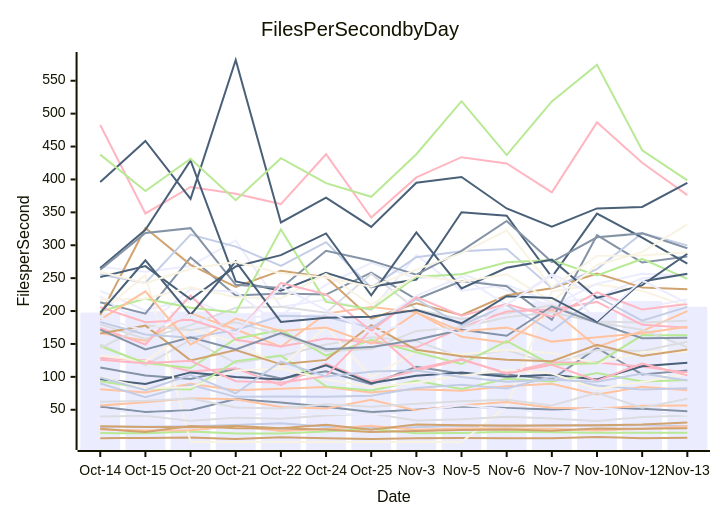
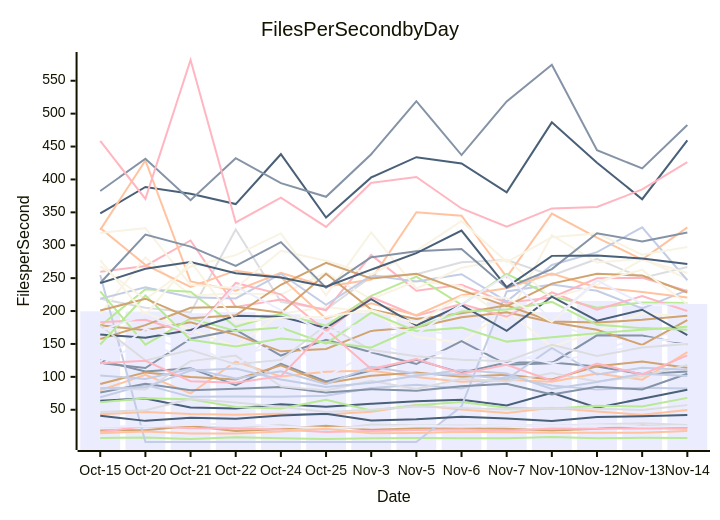
Before and after one commit to streetsidesoftware/cspell: the diagram in perf-report.md, drawn with Mermaid. The commit also changed other lines of this file and 2 other files, not shown here.

````diff
--- a/perf-report.md
+++ b/perf-report.md
@@ -11,57 +11,57 @@
 ```mermaid
 xychart-beta
     title Files Per Second by Day
     y-axis Files per Second
-    x-axis Date [Oct-14, Oct-15, Oct-20, Oct-21, Oct-22, Oct-24, Oct-25, Nov-3, Nov-5, Nov-6, Nov-7, Nov-10, Nov-12, Nov-13]
-    bar [197.65, 199.65, 199.37, 196.79, 198.31, 195.08, 188.50, 197.53, 191.30, 204.37, 213.67, 198.26, 215.23, 206.57]
-    line [114.09, 102.09, 96.85, 112.31, 97.68, 108.35, 88.82, 115.43, 104.61, 103.62, 96.31, 144.08, 103.66, 109.84]
-    line [81.28, 76.22, 89.41, 79.60, 82.04, 84.51, 76.34, 81.22, 78.86, 85.82, 89.51, 73.32, 84.82, 79.57]
-    line [149.59, 117.74, 156.35, 121.08, 131.79, 149.18, 160.21, 154.52, 129.77, 140.65, 119.71, 140.68, 139.42, 153.27]
-    line [14.53, 14.11, 17.05, 13.85, 14.03, 17.10, 21.05, 14.31, 14.75, 16.57, 15.81, 15.06, 15.24, 15.19]
-    line [6.65, 7.26, 7.96, 5.55, 8.36, 6.66, 5.63, 6.55, 6.95, 6.80, 6.70, 8.74, 6.68, 7.41]
-    line [23.92, 24.25, 24.95, 26.96, 29.32, 24.14, 22.37, 23.30, 25.53, 24.38, 26.29, 26.08, 26.42, 25.26]
-    line [128.51, 125.12, 108.27, 113.06, 87.44, 119.66, 93.04, 109.58, 126.12, 106.10, 121.67, 121.71, 115.58, 106.11]
-    line [96.45, 89.22, 106.77, 99.95, 95.97, 117.43, 90.38, 101.68, 106.46, 99.98, 103.28, 96.07, 116.03, 121.59]
-    line [197.08, 254.89, 1.00, 1.00, 1.00, 1.00, 1.00, 1.00, 1.00, 55.24, 229.88, 240.51, 230.78, 206.83]
-    line [230.72, 200.81, 218.77, 189.13, 193.68, 239.98, 273.35, 249.43, 256.58, 231.73, 207.54, 241.66, 256.57, 254.15]
-    line [54.60, 46.67, 49.27, 66.25, 61.14, 54.40, 46.46, 50.11, 54.79, 52.56, 50.32, 52.20, 51.35, 47.61]
-    line [19.97, 18.63, 18.81, 25.32, 17.74, 20.58, 25.51, 19.46, 21.60, 21.45, 21.30, 18.35, 21.09, 24.99]
-    line [39.68, 40.77, 33.11, 37.81, 36.24, 41.43, 44.03, 33.69, 35.67, 39.33, 36.78, 32.79, 39.05, 41.11]
-    line [93.39, 82.69, 80.94, 123.93, 132.34, 85.53, 79.17, 93.87, 81.75, 97.21, 92.97, 105.80, 92.86, 95.12]
-    line [20.97, 16.04, 25.16, 22.03, 21.51, 20.05, 16.33, 17.58, 19.22, 19.85, 18.09, 21.66, 21.06, 21.87]
-    line [89.92, 69.05, 88.06, 69.61, 70.25, 69.88, 71.42, 83.10, 87.87, 82.40, 100.31, 86.94, 80.60, 82.71]
-    line [482.80, 348.28, 388.55, 378.31, 362.57, 438.35, 342.13, 403.12, 433.88, 424.28, 380.40, 486.76, 425.45, 376.16]
-    line [395.99, 458.46, 370.45, 581.53, 334.74, 372.46, 327.93, 394.96, 403.82, 355.89, 328.31, 356.02, 358.21, 394.90]
-    line [132.46, 123.48, 172.40, 152.34, 114.90, 176.25, 99.39, 139.03, 134.52, 140.79, 136.42, 120.17, 137.59, 137.92]
-    line [267.21, 259.65, 268.53, 307.28, 206.33, 217.49, 201.10, 285.18, 230.89, 239.86, 212.69, 220.64, 249.81, 256.24]
-    line [213.47, 195.94, 281.48, 223.48, 226.53, 225.12, 258.41, 217.89, 245.63, 237.62, 186.76, 315.24, 273.68, 282.96]
-    line [166.56, 155.07, 196.36, 171.90, 145.85, 195.93, 206.22, 198.17, 161.08, 151.81, 202.09, 145.44, 169.46, 199.80]
-    line [179.72, 157.56, 178.54, 204.92, 206.57, 197.43, 256.60, 202.25, 187.81, 196.52, 208.74, 184.16, 182.55, 185.23]
-    line [146.49, 121.12, 113.50, 158.05, 171.36, 132.38, 156.15, 137.28, 119.47, 154.44, 118.56, 120.82, 163.18, 163.36]
-    line [194.13, 326.19, 270.15, 236.87, 261.40, 251.33, 188.47, 211.71, 193.66, 223.97, 234.72, 257.12, 235.87, 233.02]
-    line [255.64, 242.67, 316.16, 297.94, 268.60, 304.78, 235.63, 281.78, 290.77, 294.19, 235.16, 263.73, 318.29, 299.77]
-    line [174.22, 149.10, 223.58, 156.27, 146.04, 158.31, 152.20, 144.51, 175.00, 199.16, 202.30, 213.91, 179.15, 174.60]
-    line [265.30, 323.42, 429.01, 245.01, 230.93, 258.25, 236.94, 247.84, 350.22, 344.89, 251.52, 348.16, 311.63, 271.92]
-    line [100.19, 82.72, 84.05, 109.59, 112.56, 95.92, 84.60, 91.01, 101.64, 110.52, 105.15, 81.62, 92.24, 104.21]
-    line [222.25, 177.43, 233.06, 229.37, 176.10, 196.37, 177.90, 223.12, 252.36, 209.33, 256.35, 222.55, 205.03, 217.77]
-    line [262.77, 318.79, 326.00, 239.93, 235.04, 291.68, 276.40, 255.29, 291.36, 336.81, 274.44, 312.01, 318.04, 295.44]
-    line [56.41, 61.33, 67.41, 66.13, 54.31, 52.03, 65.25, 49.02, 56.78, 61.66, 53.00, 51.36, 56.25, 56.39]
-    line [143.57, 178.30, 170.91, 182.97, 163.77, 138.75, 142.39, 169.82, 175.50, 190.52, 198.14, 183.09, 171.50, 145.14]
-    line [199.34, 218.85, 204.99, 197.92, 323.88, 213.93, 202.52, 252.23, 256.11, 274.23, 277.54, 254.29, 279.19, 248.94]
-    line [165.74, 177.89, 125.02, 140.68, 119.01, 125.81, 178.69, 141.07, 131.24, 125.88, 123.88, 148.80, 131.70, 141.50]
-    line [183.41, 164.40, 159.49, 171.10, 192.78, 191.37, 174.29, 217.96, 178.42, 209.10, 170.02, 221.91, 185.33, 206.33]
-    line [125.94, 120.60, 124.47, 93.34, 91.16, 101.08, 171.93, 111.86, 126.91, 104.86, 118.31, 94.15, 120.34, 102.25]
-    line [251.58, 268.24, 217.93, 267.67, 285.04, 317.95, 223.78, 319.42, 234.42, 265.85, 278.09, 219.92, 239.43, 287.10]
-    line [217.08, 218.73, 236.08, 220.88, 219.16, 256.62, 209.53, 254.06, 244.83, 256.05, 214.61, 270.08, 289.61, 331.82]
-    line [51.39, 43.09, 46.53, 43.54, 42.59, 43.99, 42.66, 46.86, 57.12, 50.26, 44.96, 52.89, 47.17, 42.36]
-    line [171.82, 141.67, 160.22, 141.81, 166.38, 141.94, 145.19, 156.42, 171.45, 162.38, 206.93, 182.01, 158.84, 159.61]
-    line [186.96, 229.89, 148.98, 188.53, 169.56, 175.04, 150.51, 197.71, 169.15, 174.81, 153.55, 160.37, 166.32, 176.11]
-    line [62.02, 63.75, 67.15, 53.54, 51.87, 58.31, 54.40, 59.05, 63.00, 65.34, 56.44, 75.90, 53.22, 66.83]
-    line [437.77, 382.49, 431.43, 368.45, 432.30, 394.44, 373.62, 438.31, 518.91, 437.11, 518.64, 574.29, 444.36, 398.51]
-    line [25.09, 23.71, 23.43, 25.33, 21.92, 27.33, 19.75, 27.62, 26.37, 26.13, 26.22, 26.38, 27.41, 30.70]
-    line [99.02, 79.59, 103.01, 74.73, 123.30, 100.60, 107.93, 109.66, 99.65, 92.58, 95.73, 92.52, 104.99, 94.33]
-    line [205.75, 183.07, 186.73, 165.39, 242.72, 225.43, 169.80, 221.29, 193.06, 210.68, 191.30, 228.42, 202.21, 210.75]
-    line [197.43, 277.21, 193.99, 275.35, 183.43, 189.64, 191.38, 201.59, 181.36, 222.61, 220.01, 183.65, 245.06, 256.79]
-    line [259.48, 242.38, 264.24, 274.64, 257.62, 251.09, 236.85, 262.94, 287.92, 322.31, 236.45, 283.86, 284.35, 289.18]
-    line [189.91, 170.29, 194.31, 165.66, 237.49, 201.27, 167.00, 183.56, 164.82, 210.07, 254.11, 186.18, 246.80, 211.56]
+    x-axis Date [Oct-15, Oct-20, Oct-21, Oct-22, Oct-24, Oct-25, Nov-3, Nov-5, Nov-6, Nov-7, Nov-10, Nov-12, Nov-13, Nov-14]
+    bar [199.65, 199.37, 196.79, 198.31, 195.08, 188.50, 197.53, 191.30, 204.37, 213.67, 198.26, 215.23, 208.25, 210.70]
+    line [125.12, 108.27, 113.06, 87.44, 119.66, 93.04, 109.58, 126.12, 106.10, 121.67, 121.71, 115.58, 104.23, 108.00]
+    line [43.09, 46.53, 43.54, 42.59, 43.99, 42.66, 46.86, 57.12, 50.26, 44.96, 52.89, 47.17, 42.40, 49.65]
+    line [23.71, 23.43, 25.33, 21.92, 27.33, 19.75, 27.62, 26.37, 26.13, 26.22, 26.38, 27.41, 29.67, 26.79]
+    line [7.26, 7.96, 5.55, 8.36, 6.66, 5.63, 6.55, 6.95, 6.80, 6.70, 8.74, 6.68, 7.36, 6.93]
+    line [18.63, 18.81, 25.32, 17.74, 20.58, 25.51, 19.46, 21.60, 21.45, 21.30, 18.35, 21.09, 25.51, 22.98]
+    line [69.05, 88.06, 69.61, 70.25, 69.88, 71.42, 83.10, 87.87, 82.40, 100.31, 86.94, 80.60, 83.49, 82.39]
+    line [16.04, 25.16, 22.03, 21.51, 20.05, 16.33, 17.58, 19.22, 19.85, 18.09, 21.66, 21.06, 21.89, 20.95]
+    line [63.75, 67.15, 53.54, 51.87, 58.31, 54.40, 59.05, 63.00, 65.34, 56.44, 75.90, 53.22, 66.88, 80.38]
+    line [155.07, 196.36, 171.90, 145.85, 195.93, 206.22, 198.17, 161.08, 151.81, 202.09, 145.44, 169.46, 196.60, 191.52]
+    line [141.67, 160.22, 141.81, 166.38, 141.94, 145.19, 156.42, 171.45, 162.38, 206.93, 182.01, 158.84, 156.97, 172.39]
+    line [121.12, 113.50, 158.05, 171.36, 132.38, 156.15, 137.28, 119.47, 154.44, 118.56, 120.82, 163.18, 162.73, 149.34]
+    line [79.59, 103.01, 74.73, 123.30, 100.60, 107.93, 109.66, 99.65, 92.58, 95.73, 92.52, 104.99, 95.65, 137.55]
+    line [218.85, 204.99, 197.92, 323.88, 213.93, 202.52, 252.23, 256.11, 274.23, 277.54, 254.29, 279.19, 250.20, 267.06]
+    line [61.33, 67.41, 66.13, 54.31, 52.03, 65.25, 49.02, 56.78, 61.66, 53.00, 51.36, 56.25, 54.79, 68.05]
+    line [89.22, 106.77, 99.95, 95.97, 117.43, 90.38, 101.68, 106.46, 99.98, 103.28, 96.07, 116.03, 123.18, 113.91]
+    line [254.89, 1.00, 1.00, 1.00, 1.00, 1.00, 1.00, 1.00, 55.24, 229.88, 240.51, 230.78, 203.89, 231.87]
+    line [259.65, 268.53, 307.28, 206.33, 217.49, 201.10, 285.18, 230.89, 239.86, 212.69, 220.64, 249.81, 250.50, 230.64]
+    line [348.28, 388.55, 378.31, 362.57, 438.35, 342.13, 403.12, 433.88, 424.28, 380.40, 486.76, 425.45, 369.94, 459.37]
+    line [195.94, 281.48, 223.48, 226.53, 225.12, 258.41, 217.89, 245.63, 237.62, 186.76, 315.24, 273.68, 279.33, 249.33]
+    line [117.74, 156.35, 121.08, 131.79, 149.18, 160.21, 154.52, 129.77, 140.65, 119.71, 140.68, 139.42, 159.42, 152.41]
+    line [76.22, 89.41, 79.60, 82.04, 84.51, 76.34, 81.22, 78.86, 85.82, 89.51, 73.32, 84.82, 80.81, 104.71]
+    line [323.42, 429.01, 245.01, 230.93, 258.25, 236.94, 247.84, 350.22, 344.89, 251.52, 348.16, 311.63, 278.27, 327.24]
+    line [82.69, 80.94, 123.93, 132.34, 85.53, 79.17, 93.87, 81.75, 97.21, 92.97, 105.80, 92.86, 100.80, 118.18]
+    line [177.43, 233.06, 229.37, 176.10, 196.37, 177.90, 223.12, 252.36, 209.33, 256.35, 222.55, 205.03, 213.07, 212.24]
+    line [178.30, 170.91, 182.97, 163.77, 138.75, 142.39, 169.82, 175.50, 190.52, 198.14, 183.09, 171.50, 148.66, 186.30]
+    line [218.73, 236.08, 220.88, 219.16, 256.62, 209.53, 254.06, 244.83, 256.05, 214.61, 270.08, 289.61, 327.30, 246.84]
+    line [183.07, 186.73, 165.39, 242.72, 225.43, 169.80, 221.29, 193.06, 210.68, 191.30, 228.42, 202.21, 222.67, 200.11]
+    line [40.77, 33.11, 37.81, 36.24, 41.43, 44.03, 33.69, 35.67, 39.33, 36.78, 32.79, 39.05, 40.14, 41.95]
+    line [268.24, 217.93, 267.67, 285.04, 317.95, 223.78, 319.42, 234.42, 265.85, 278.09, 219.92, 239.43, 278.17, 257.79]
+    line [24.25, 24.95, 26.96, 29.32, 24.14, 22.37, 23.30, 25.53, 24.38, 26.29, 26.08, 26.42, 24.81, 24.76]
+    line [382.49, 431.43, 368.45, 432.30, 394.44, 373.62, 438.31, 518.91, 437.11, 518.64, 574.29, 444.36, 416.74, 482.89]
+    line [326.19, 270.15, 236.87, 261.40, 251.33, 188.47, 211.71, 193.66, 223.97, 234.72, 257.12, 235.87, 229.04, 220.58]
+    line [46.67, 49.27, 66.25, 61.14, 54.40, 46.46, 50.11, 54.79, 52.56, 50.32, 52.20, 51.35, 49.71, 57.04]
+    line [229.89, 148.98, 188.53, 169.56, 175.04, 150.51, 197.71, 169.15, 174.81, 153.55, 160.37, 166.32, 171.57, 176.33]
+    line [157.56, 178.54, 204.92, 206.57, 197.43, 256.60, 202.25, 187.81, 196.52, 208.74, 184.16, 182.55, 186.64, 192.74]
+    line [102.09, 96.85, 112.31, 97.68, 108.35, 88.82, 115.43, 104.61, 103.62, 96.31, 144.08, 103.66, 113.77, 110.72]
+    line [458.46, 370.45, 581.53, 334.74, 372.46, 327.93, 394.96, 403.82, 355.89, 328.31, 356.02, 358.21, 384.78, 426.26]
+    line [164.40, 159.49, 171.10, 192.78, 191.37, 174.29, 217.96, 178.42, 209.10, 170.02, 221.91, 185.33, 201.98, 163.41]
+    line [318.79, 326.00, 239.93, 235.04, 291.68, 276.40, 255.29, 291.36, 336.81, 274.44, 312.01, 318.04, 285.73, 297.26]
+    line [123.48, 172.40, 152.34, 114.90, 176.25, 99.39, 139.03, 134.52, 140.79, 136.42, 120.17, 137.59, 146.37, 150.65]
+    line [242.67, 316.16, 297.94, 268.60, 304.78, 235.63, 281.78, 290.77, 294.19, 235.16, 263.73, 318.29, 305.89, 319.28]
+    line [14.11, 17.05, 13.85, 14.03, 17.10, 21.05, 14.31, 14.75, 16.57, 15.81, 15.06, 15.24, 15.00, 17.72]
+    line [177.89, 125.02, 140.68, 119.01, 125.81, 178.69, 141.07, 131.24, 125.88, 123.88, 148.80, 131.70, 144.48, 150.06]
+    line [149.10, 223.58, 156.27, 146.04, 158.31, 152.20, 144.51, 175.00, 199.16, 202.30, 213.91, 179.15, 174.06, 171.69]
+    line [200.81, 218.77, 189.13, 193.68, 239.98, 273.35, 249.43, 256.58, 231.73, 207.54, 241.66, 256.57, 253.87, 228.22]
+    line [82.72, 84.05, 109.59, 112.56, 95.92, 84.60, 91.01, 101.64, 110.52, 105.15, 81.62, 92.24, 104.72, 101.18]
+    line [120.60, 124.47, 93.34, 91.16, 101.08, 171.93, 111.86, 126.91, 104.86, 118.31, 94.15, 120.34, 103.60, 132.71]
+    line [242.38, 264.24, 274.64, 257.62, 251.09, 236.85, 262.94, 287.92, 322.31, 236.45, 283.86, 284.35, 279.96, 271.41]
+    line [277.21, 193.99, 275.35, 183.43, 189.64, 191.38, 201.59, 181.36, 222.61, 220.01, 183.65, 245.06, 262.64, 210.22]
+    line [170.29, 194.31, 165.66, 237.49, 201.27, 167.00, 183.56, 164.82, 210.07, 254.11, 186.18, 246.80, 210.80, 210.07]
 ```
````
